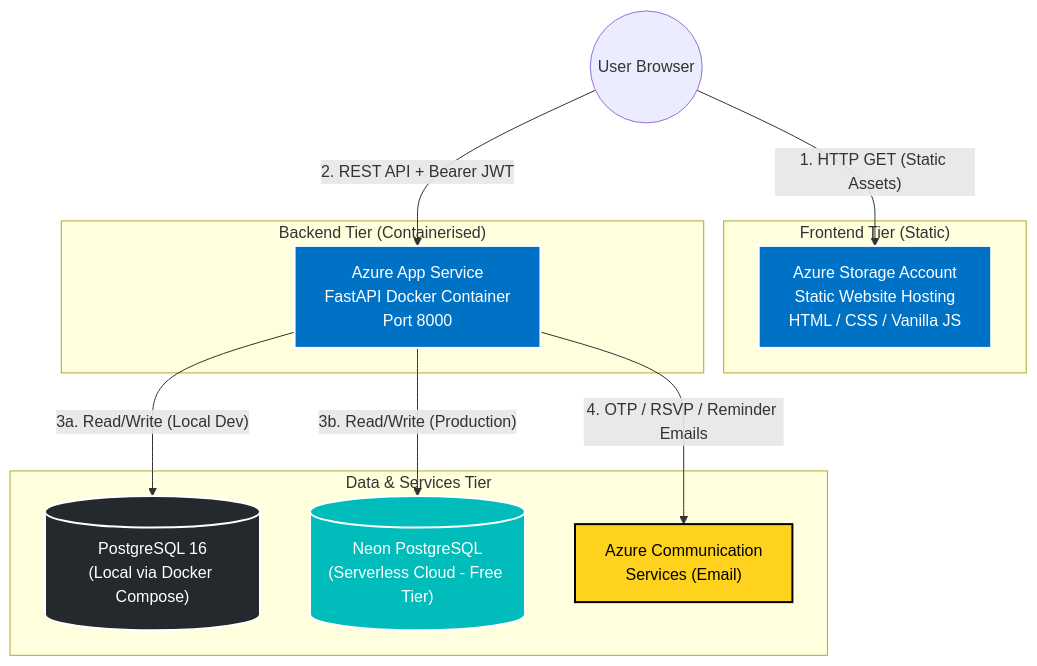
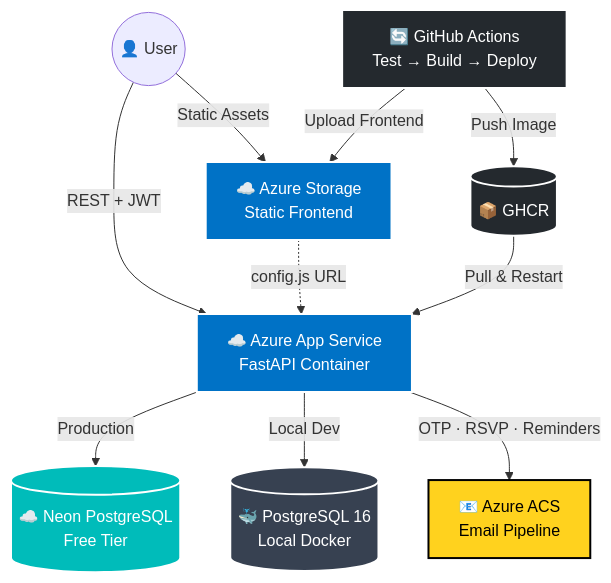
Before and after one commit to Dhruv-Puri/2nd-year-Internship: the first of 2 diagrams in README.md, drawn with Mermaid. The commit also changed other lines of this file, not shown here.

````diff
--- a/README.md
+++ b/README.md
@@ -37,30 +38,27 @@
 ```mermaid
 graph TD
-    %% Define Styles
-    classDef azure fill:#0072C6,stroke:#fff,stroke-width:2px,color:#fff;
-    classDef db fill:#00bcba,stroke:#fff,stroke-width:2px,color:#fff;
-    classDef local fill:#24292e,stroke:#fff,stroke-width:2px,color:#fff;
-    classDef acs fill:#FFD21E,stroke:#000,stroke-width:2px,color:#000;
+    classDef azure fill:#0072C6,stroke:#fff,stroke-width:2px,color:#fff
+    classDef db fill:#00bcba,stroke:#fff,stroke-width:2px,color:#fff
+    classDef local fill:#374151,stroke:#fff,stroke-width:2px,color:#fff
+    classDef acs fill:#FFD21E,stroke:#000,stroke-width:2px,color:#000
+    classDef cicd fill:#24292e,stroke:#fff,stroke-width:2px,color:#fff
 
-    User((User Browser))
+    User(("👤 User"))
+    SWA["☁️ Azure Storage<br/>Static Frontend"]:::azure
+    API["☁️ Azure App Service<br/>FastAPI Container"]:::azure
+    NEON[("☁️ Neon PostgreSQL<br/>Free Tier")]:::db
+    PG[("🐳 PostgreSQL 16<br/>Local Docker")]:::local
+    ACS["📧 Azure ACS<br/>Email Pipeline"]:::acs
+    GHCR[("📦 GHCR")]:::cicd
+    GHA["🔄 GitHub Actions<br/>Test → Build → Deploy"]:::cicd
 
-    subgraph "Frontend Tier (Static)"
-        SWA["Azure Storage Account<br/>Static Website Hosting<br/>HTML / CSS / Vanilla JS"]:::azure
-    end
-
-    subgraph "Backend Tier (Containerised)"
-        API["Azure App Service<br/>FastAPI Docker Container<br/>Port 8000"]:::azure
-    end
-
-    subgraph "Data & Services Tier"
-        DB_LOCAL[("PostgreSQL 16<br/>(Local via Docker Compose)")]:::local
-        DB_CLOUD[("Neon PostgreSQL<br/>(Serverless Cloud - Free Tier)")]:::db
-        ACS["Azure Communication<br/>Services (Email)"]:::acs
-    end
-
-    User -->|"1. HTTP GET (Static Assets)"| SWA
-    User -->|"2. REST API + Bearer JWT"| API
-    API -->|"3a. Read/Write (Local Dev)"| DB_LOCAL
-    API -->|"3b. Read/Write (Production)"| DB_CLOUD
-    API -->|"4. OTP / RSVP / Reminder Emails"| ACS
+    User -->|"Static Assets"| SWA
+    User -->|"REST + JWT"| API
+    SWA -.->|"config.js URL"| API
+    API -->|"Production"| NEON
+    API -->|"Local Dev"| PG
+    API -->|"OTP · RSVP · Reminders"| ACS
+    GHA -->|"Push Image"| GHCR
+    GHCR -->|"Pull & Restart"| API
+    GHA -->|"Upload Frontend"| SWA
 ```
````
